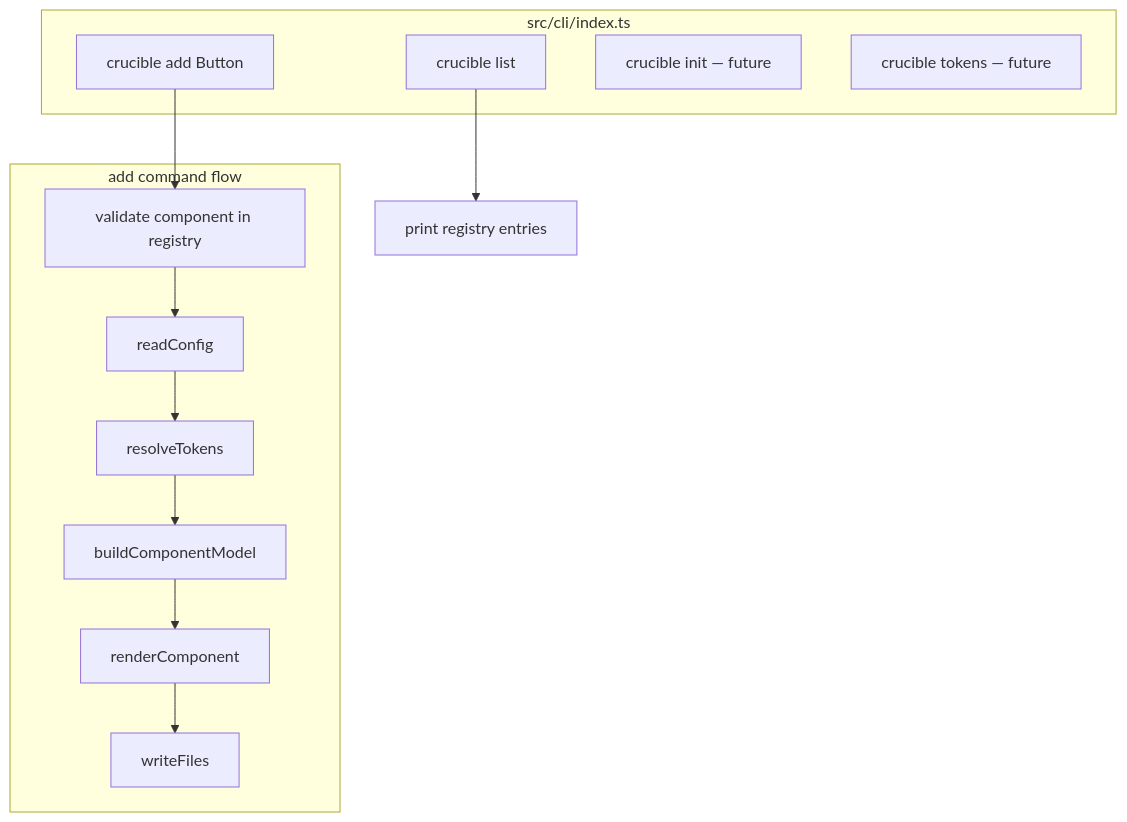
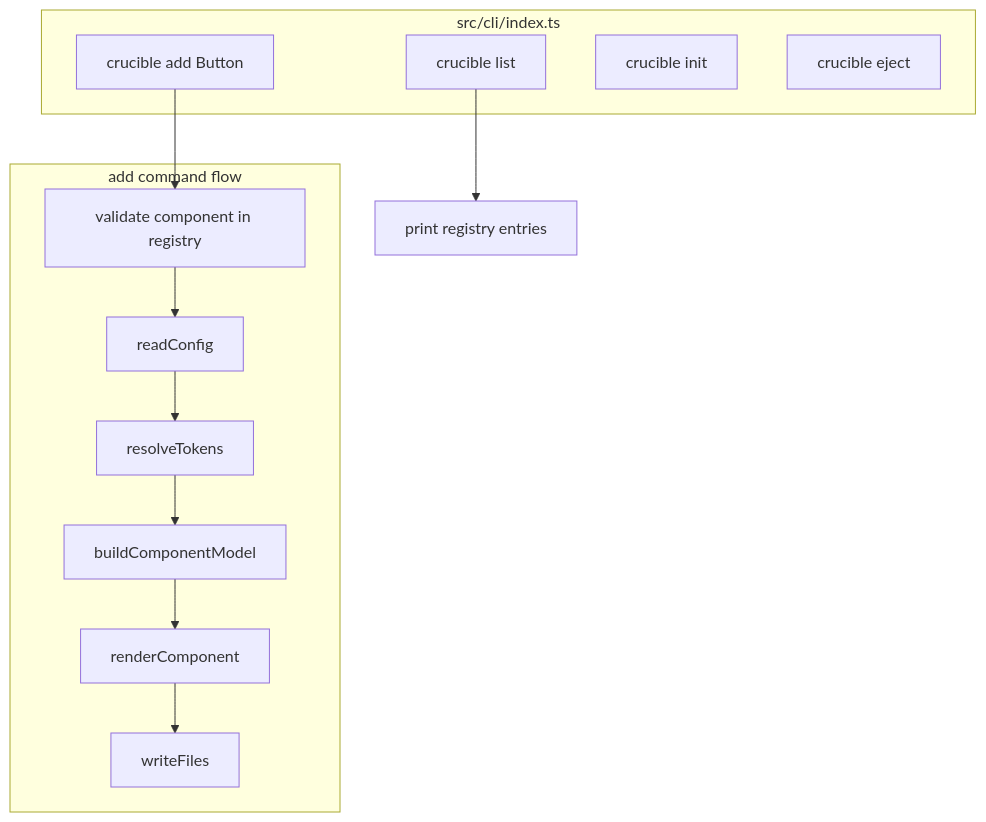
Before and after one commit to Naveen2070/project_crucible: diagram 33 of 47 in crucible-architecture.md, drawn with Mermaid. The commit also changed other lines of this file and 1 other file, not shown here.

Commit message:
docs: update architecture diagrams for Phase 5 structure

````diff
--- a/crucible-architecture.md
+++ b/crucible-architecture.md
@@ -739,19 +741,19 @@
 ```mermaid
 graph TD
     subgraph CLI ["src/cli/index.ts"]
         A[crucible add Button]
         B[crucible list]
-        C[crucible init — future]
-        D[crucible tokens — future]
+        C[crucible init]
+        D[crucible eject]
     end
     subgraph ADD ["add command flow"]
         E[validate component in registry]
         F[readConfig]
         G[resolveTokens]
         H[buildComponentModel]
         I[renderComponent]
         J[writeFiles]
     end
     A --> E --> F --> G --> H --> I --> J
     B --> K[print registry entries]
 ```
````
